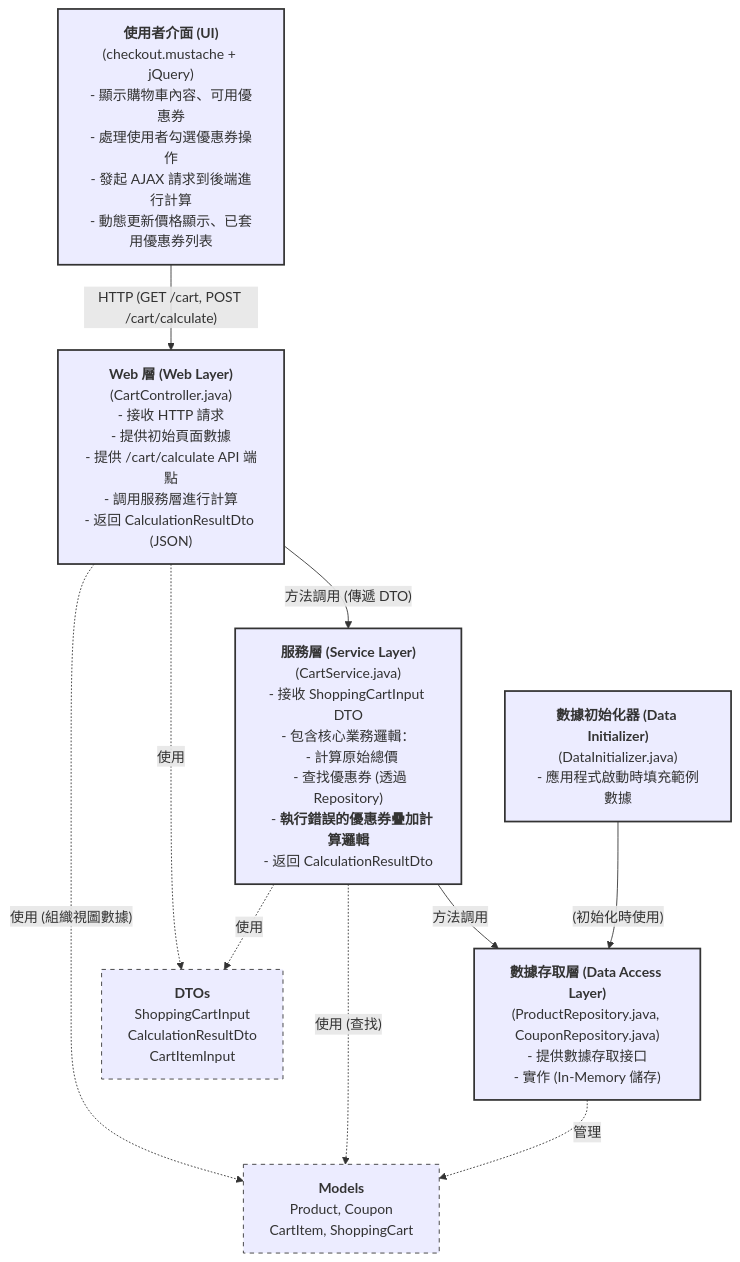
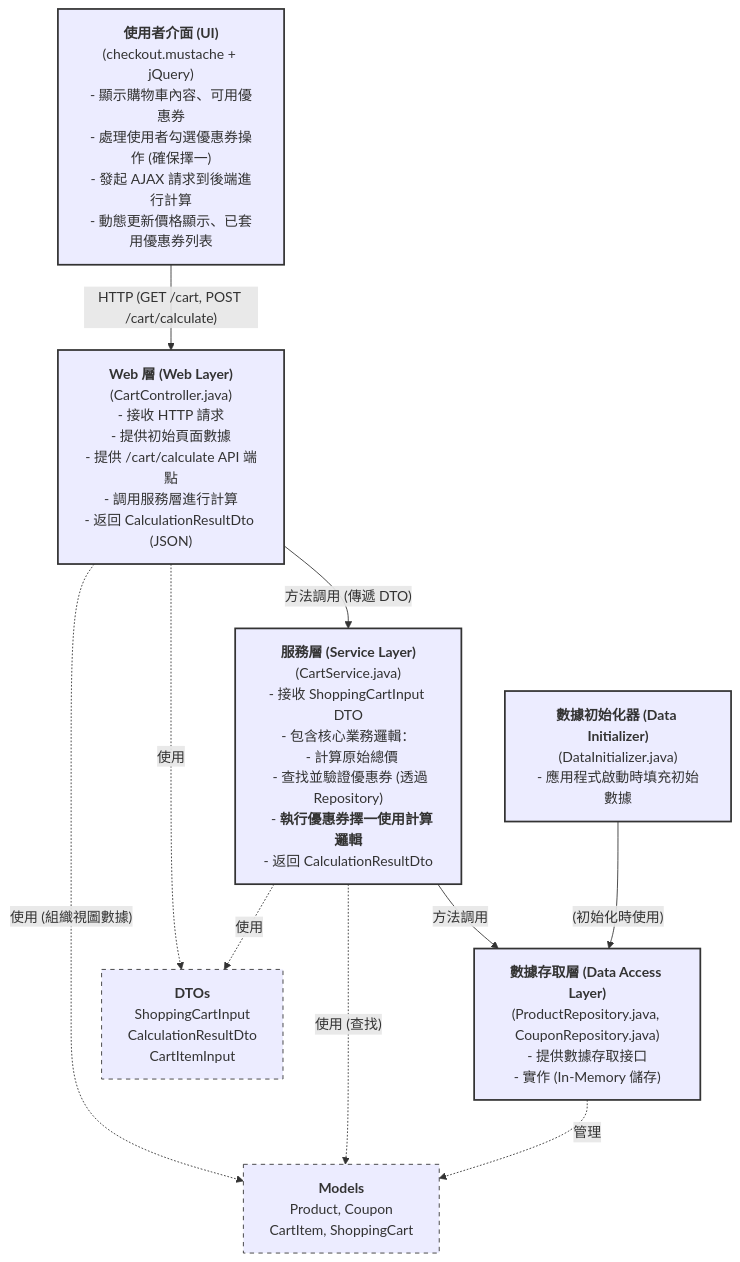
Before and after one commit to samzhu/25-spring-coupon-demo: the second of 2 diagrams in README.md, drawn with Mermaid. The commit also changed other lines of this file, not shown here.

````diff
--- a/README.md
+++ b/README.md
@@ -94,34 +124,34 @@
 ```mermaid
 graph TD
-    UI["<b>使用者介面 (UI)</b><br/>(checkout.mustache + jQuery)<br/>- 顯示購物車內容、可用優惠券<br/>- 處理使用者勾選優惠券操作<br/>- 發起 AJAX 請求到後端進行計算<br/>- 動態更新價格顯示、已套用優惠券列表"]
+    UI["<b>使用者介面 (UI)</b><br/>(checkout.mustache + jQuery)<br/>- 顯示購物車內容、可用優惠券<br/>- 處理使用者勾選優惠券操作 (確保擇一)<br/>- 發起 AJAX 請求到後端進行計算<br/>- 動態更新價格顯示、已套用優惠券列表"]
 
     WebLayer["<b>Web 層 (Web Layer)</b><br/>(CartController.java)<br/>- 接收 HTTP 請求<br/>- 提供初始頁面數據<br/>- 提供 /cart/calculate API 端點<br/>- 調用服務層進行計算<br/>- 返回 CalculationResultDto (JSON)"]
 
-    ServiceLayer["<b>服務層 (Service Layer)</b><br/>(CartService.java)<br/>- 接收 ShoppingCartInput DTO<br/>- 包含核心業務邏輯：<br/>  - 計算原始總價<br/>  - 查找優惠券 (透過 Repository)<br/>  - <b>執行錯誤的優惠券疊加計算邏輯</b><br/>- 返回 CalculationResultDto"]
+    ServiceLayer["<b>服務層 (Service Layer)</b><br/>(CartService.java)<br/>- 接收 ShoppingCartInput DTO<br/>- 包含核心業務邏輯：<br/>  - 計算原始總價<br/>  - 查找並驗證優惠券 (透過 Repository)<br/>  - <b>執行優惠券擇一使用計算邏輯</b><br/>- 返回 CalculationResultDto"]
 
     DataAccessLayer["<b>數據存取層 (Data Access Layer)</b><br/>(ProductRepository.java, CouponRepository.java)<br/>- 提供數據存取接口<br/>- 實作 (In-Memory 儲存)"]
 
-    DataInitializer["<b>數據初始化器 (Data Initializer)</b><br/>(DataInitializer.java)<br/>- 應用程式啟動時填充範例數據"]
+    DataInitializer["<b>數據初始化器 (Data Initializer)</b><br/>(DataInitializer.java)<br/>- 應用程式啟動時填充初始數據"]
     
     DTOs["<b>DTOs</b><br/>ShoppingCartInput<br/>CalculationResultDto<br/>CartItemInput"]
     Models["<b>Models</b><br/>Product, Coupon<br/>CartItem, ShoppingCart"]
 
     UI -- "HTTP (GET /cart, POST /cart/calculate)" --> WebLayer;
     WebLayer -- "方法調用 (傳遞 DTO)" --> ServiceLayer;
     ServiceLayer -- "方法調用" --> DataAccessLayer;
     DataInitializer -- "(初始化時使用)" --> DataAccessLayer;
 
     WebLayer -. "使用" .-> DTOs;
     ServiceLayer -. "使用" .-> DTOs;
     WebLayer -. "使用 (組織視圖數據)" .-> Models;
     ServiceLayer -. "使用 (查找)" .-> Models;
     DataAccessLayer -. "管理" .-> Models;
     
     style UI fill:#lightgrey,stroke:#333,stroke-width:2px
     style WebLayer fill:#lightblue,stroke:#333,stroke-width:2px
     style ServiceLayer fill:#lightgreen,stroke:#333,stroke-width:2px
     style DataAccessLayer fill:#orange,stroke:#333,stroke-width:2px
     style DataInitializer fill:#yellow,stroke:#333,stroke-width:2px
     style DTOs fill:#whitesmoke,stroke:#333,stroke-width:1px,stroke-dasharray: 5 5
     style Models fill:#whitesmoke,stroke:#333,stroke-width:1px,stroke-dasharray: 5 5
 ```
````
